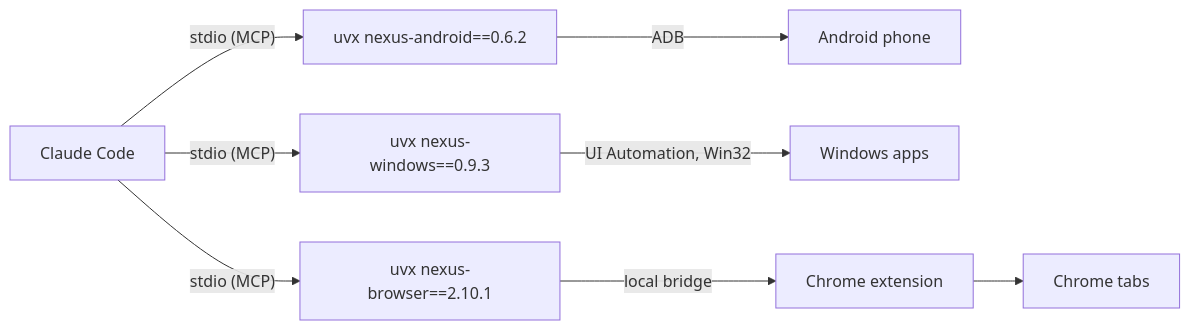
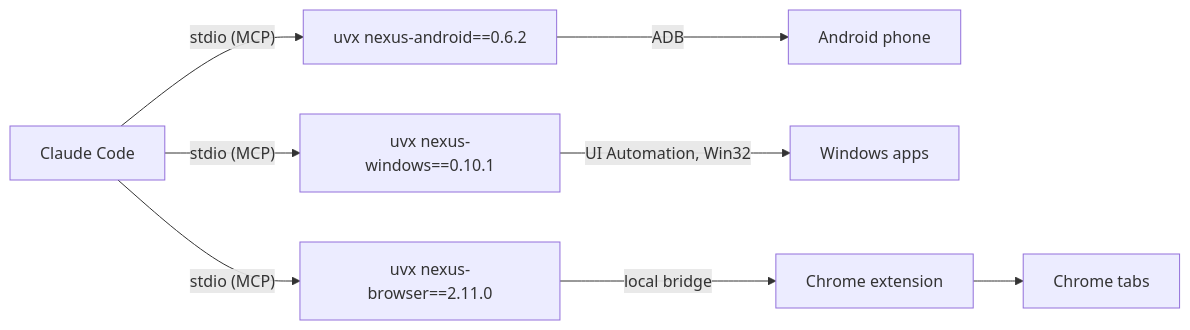
One commit to pironjulien/NexusSystem changed the diagram in README.md. Above: the diagram before and after it, drawn with Mermaid. The commit also changed 12 other files, not shown here.

Commit message:
Update to 1.2.1: nexus-windows 0.10.1 and nexus-browser 2.11.0, English output

````diff
--- a/README.md
+++ b/README.md
@@ -48,6 +48,6 @@
 ```mermaid
 flowchart LR
     C["Claude Code"] -- "stdio (MCP)" --> A["uvx nexus-android==0.6.2"] -- ADB --> P["Android phone"]
-    C -- "stdio (MCP)" --> W["uvx nexus-windows==0.9.3"] -- "UI Automation, Win32" --> D["Windows apps"]
-    C -- "stdio (MCP)" --> B["uvx nexus-browser==2.10.1"] -- "local bridge" --> E["Chrome extension"] --> T["Chrome tabs"]
+    C -- "stdio (MCP)" --> W["uvx nexus-windows==0.10.1"] -- "UI Automation, Win32" --> D["Windows apps"]
+    C -- "stdio (MCP)" --> B["uvx nexus-browser==2.11.0"] -- "local bridge" --> E["Chrome extension"] --> T["Chrome tabs"]
 ```
````
